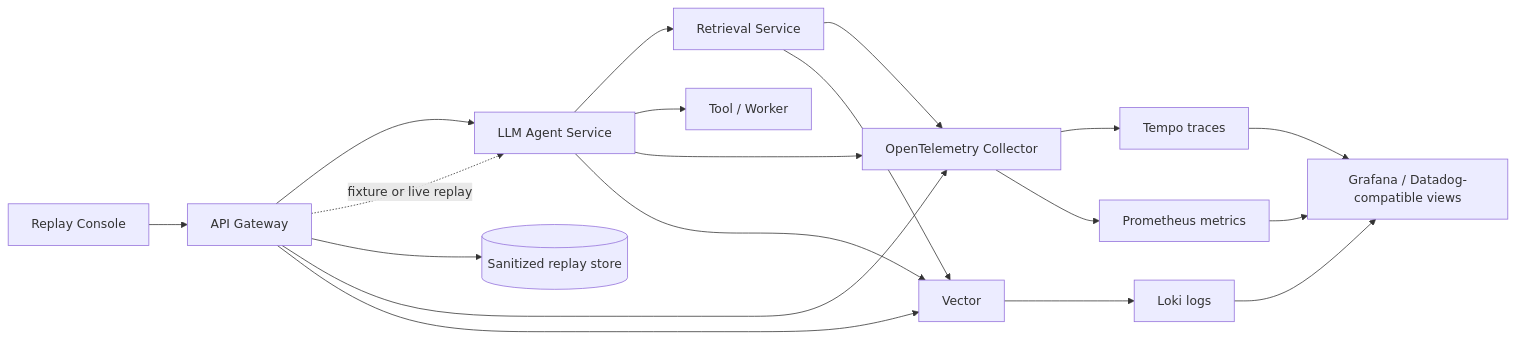
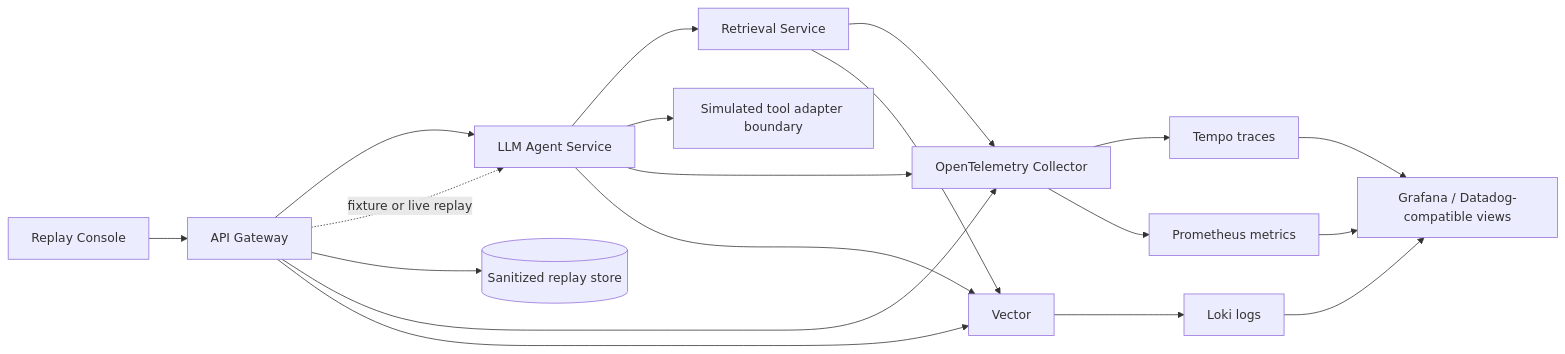
One commit to Victoria824/SpanReplay changed the diagram in README.md. Above: the diagram before and after it, drawn with Mermaid. The commit also changed other lines of this file and 120 other files, not shown here.

````diff
--- a/README.md
+++ b/README.md
@@ -26,14 +39,14 @@
 ```mermaid
 flowchart LR
   U["Replay Console"] --> G["API Gateway"]
   G --> A["LLM Agent Service"]
   A --> R["Retrieval Service"]
-  A --> W["Tool / Worker"]
+  A --> W["Simulated tool adapter boundary"]
   G -. "fixture or live replay" .-> A
   G --> S[("Sanitized replay store")]
   G & A & R --> O["OpenTelemetry Collector"]
   O --> T["Tempo traces"]
   O --> P["Prometheus metrics"]
   G & A & R --> V["Vector"] --> L["Loki logs"]
   T & P & L --> D["Grafana / Datadog-compatible views"]
 ```
````
